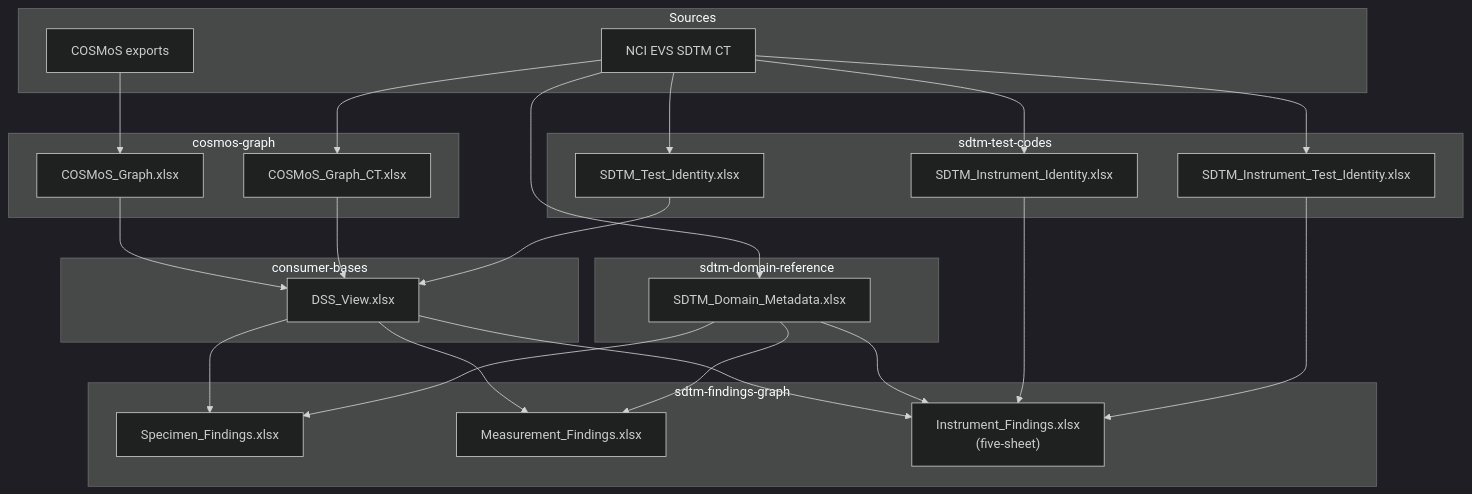
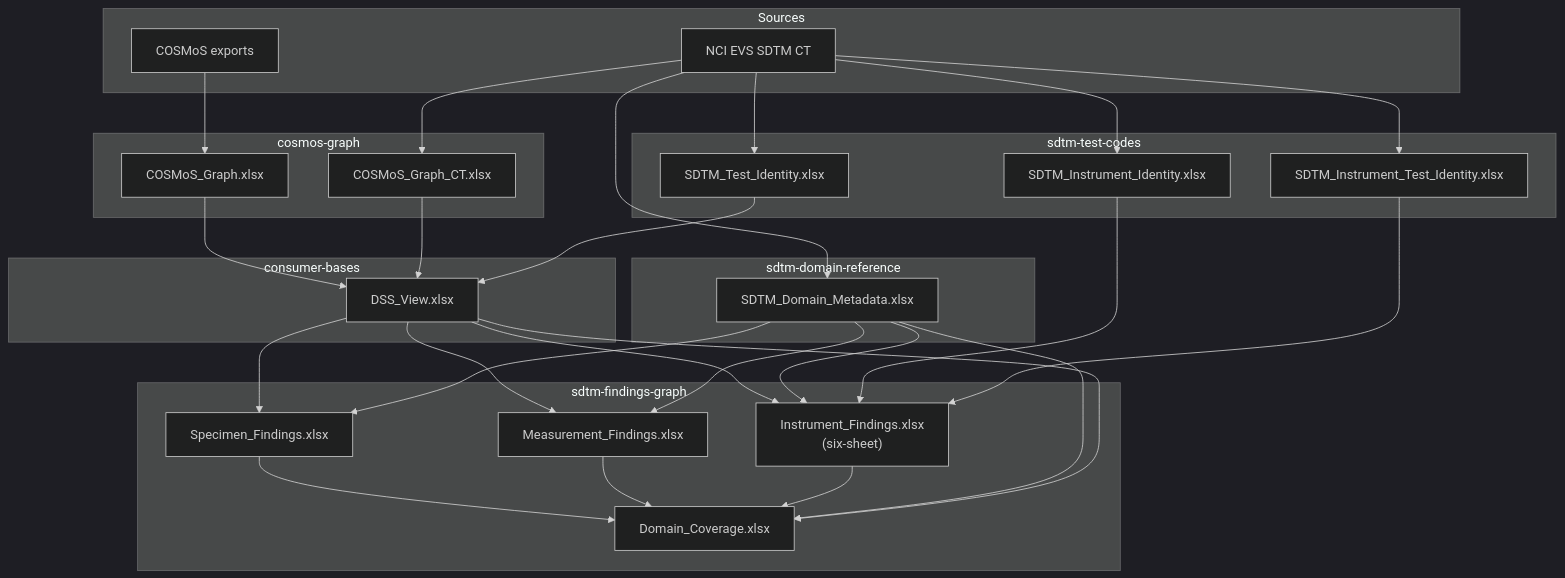
Before and after one commit to kerfors/cdisc-for-ai: the first of 2 diagrams in docs/Data_Flow.md, drawn with Mermaid (dark theme). The commit also changed other lines of this file and 5 other files, not shown here.

First line of the commit message:
docs and Pages: Domain_Coverage, ReadMe header, pinned versions

````diff
--- a/docs/Data_Flow.md
+++ b/docs/Data_Flow.md
@@ -9,52 +9,58 @@
 ```mermaid
 graph TD
     subgraph Sources
         EVS["NCI EVS SDTM CT"]
         COS["COSMoS exports"]
     end
 
     subgraph sdtm-test-codes
         TI["SDTM_Test_Identity.xlsx"]
         ITI["SDTM_Instrument_Test_Identity.xlsx"]
         II["SDTM_Instrument_Identity.xlsx"]
     end
 
     subgraph cosmos-graph
         CG["COSMoS_Graph.xlsx"]
         CGC["COSMoS_Graph_CT.xlsx"]
     end
 
     subgraph sdtm-domain-reference
         DM["SDTM_Domain_Metadata.xlsx"]
     end
 
     subgraph consumer-bases
         DV["DSS_View.xlsx"]
     end
 
     subgraph sdtm-findings-graph
         SF["Specimen_Findings.xlsx"]
         MF["Measurement_Findings.xlsx"]
-        IF["Instrument_Findings.xlsx<br/>(five-sheet)"]
+        IF["Instrument_Findings.xlsx<br/>(six-sheet)"]
+        DC["Domain_Coverage.xlsx"]
     end
 
     EVS --> TI
     EVS --> ITI
     EVS --> II
     EVS --> DM
     EVS --> CGC
     COS --> CG
 
     CG --> DV
     CGC --> DV
     TI --> DV
 
     DV --> SF
     DV --> MF
     DV --> IF
     DM --> SF
     DM --> MF
     DM --> IF
     II --> IF
     ITI --> IF
+    SF --> DC
+    MF --> DC
+    IF --> DC
+    DM --> DC
+    DV --> DC
 ```
````
